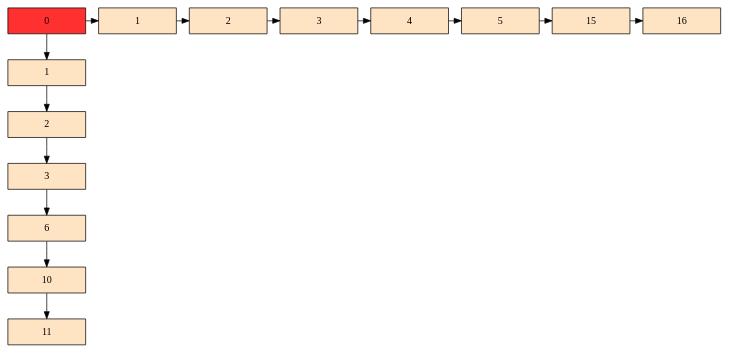
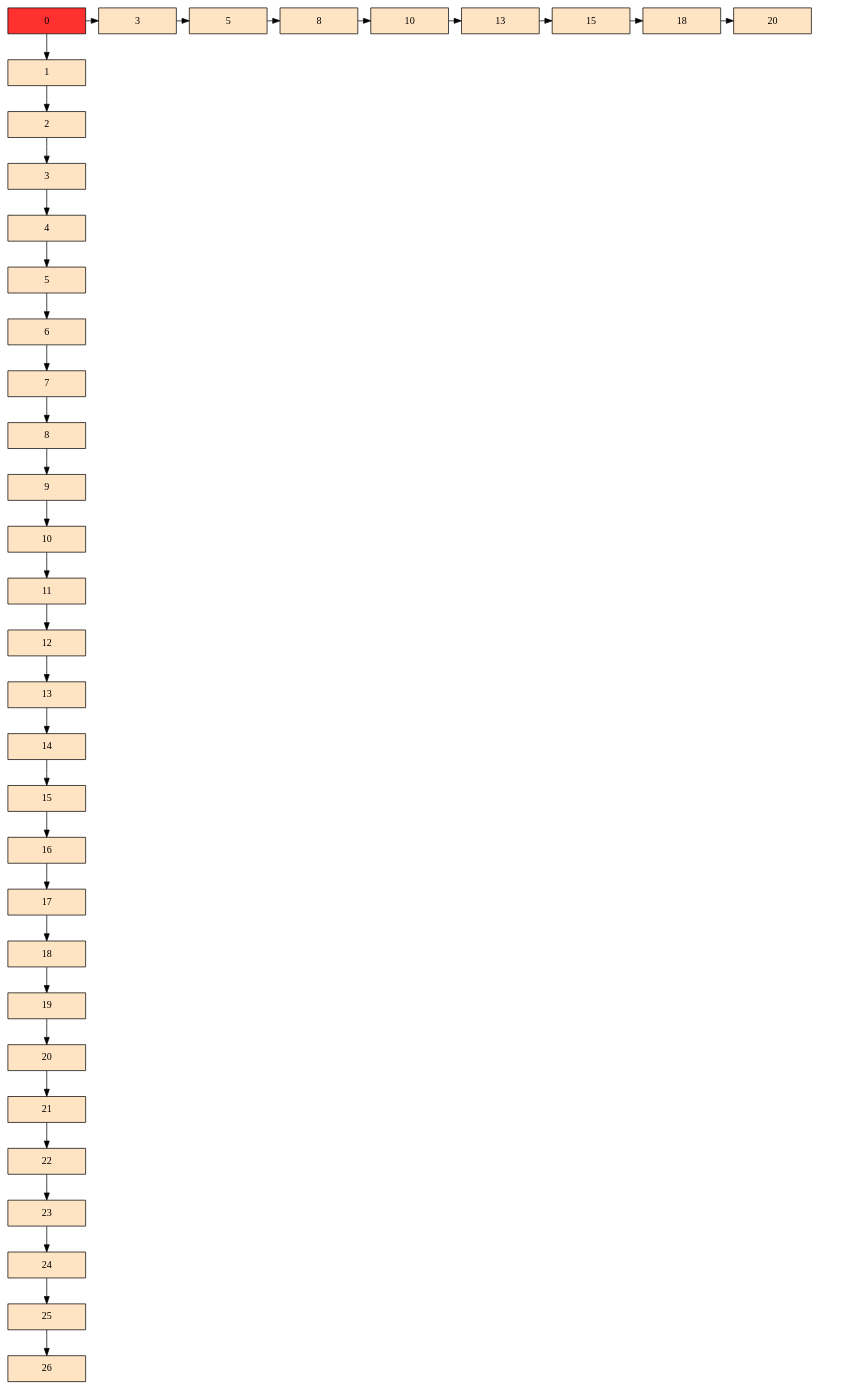
Before and after one commit to EdsonArmando/EDD_2S2019_PY1_201701029: the diagram in cmake-build-debug/matrix.dot, drawn with Graphviz. The commit also changed 13 other files, not shown here.

```diff
--- a/cmake-build-debug/matrix.dot
+++ b/cmake-build-debug/matrix.dot
@@ -1,32 +1,74 @@
 digraph Sparce_Matrix {
  node [shape=box]
   Mt[ label = "0", width = 1.5, style = filled, fillcolor = firebrick1, group = 1 ];
 e0[ shape = point, width = 0 ];
- e1[ shape = point, width = 0 ];A1[label ="1"pos = "5.3,3.5!" width = 1.5 style = filled, fillcolor = bisque1, group = 1 ];
-A2[label ="2"pos = "5.3,3.5!" width = 1.5 style = filled, fillcolor = bisque1, group = 1 ];
-A3[label ="3"pos = "5.3,3.5!" width = 1.5 style = filled, fillcolor = bisque1, group = 1 ];
-A4[label ="4"pos = "5.3,3.5!" width = 1.5 style = filled, fillcolor = bisque1, group = 1 ];
+ e1[ shape = point, width = 0 ];A3[label ="3"pos = "5.3,3.5!" width = 1.5 style = filled, fillcolor = bisque1, group = 1 ];
 A5[label ="5"pos = "5.3,3.5!" width = 1.5 style = filled, fillcolor = bisque1, group = 1 ];
+A8[label ="8"pos = "5.3,3.5!" width = 1.5 style = filled, fillcolor = bisque1, group = 1 ];
+A10[label ="10"pos = "5.3,3.5!" width = 1.5 style = filled, fillcolor = bisque1, group = 1 ];
+A13[label ="13"pos = "5.3,3.5!" width = 1.5 style = filled, fillcolor = bisque1, group = 1 ];
 A15[label ="15"pos = "5.3,3.5!" width = 1.5 style = filled, fillcolor = bisque1, group = 1 ];
-A16[label ="16"pos = "5.3,3.5!" width = 1.5 style = filled, fillcolor = bisque1, group = 1 ];
-Mt -> A1
-A1->A2
-A2->A3
-A3->A4
-A4->A5
-A5->A15
-A15->A16
+A18[label ="18"pos = "5.3,3.5!" width = 1.5 style = filled, fillcolor = bisque1, group = 1 ];
+A20[label ="20"pos = "5.3,3.5!" width = 1.5 style = filled, fillcolor = bisque1, group = 1 ];
+Mt -> A3
+A3->A5
+A5->A8
+A8->A10
+A10->A13
+A13->A15
+A15->A18
+A18->A20
 U1[label ="1"pos = "5.3,3.5!" width = 1.5 style = filled, fillcolor = bisque1, group = 1 ];
 U2[label ="2"pos = "5.3,3.5!" width = 1.5 style = filled, fillcolor = bisque1, group = 1 ];
 U3[label ="3"pos = "5.3,3.5!" width = 1.5 style = filled, fillcolor = bisque1, group = 1 ];
+U4[label ="4"pos = "5.3,3.5!" width = 1.5 style = filled, fillcolor = bisque1, group = 1 ];
+U5[label ="5"pos = "5.3,3.5!" width = 1.5 style = filled, fillcolor = bisque1, group = 1 ];
 U6[label ="6"pos = "5.3,3.5!" width = 1.5 style = filled, fillcolor = bisque1, group = 1 ];
+U7[label ="7"pos = "5.3,3.5!" width = 1.5 style = filled, fillcolor = bisque1, group = 1 ];
+U8[label ="8"pos = "5.3,3.5!" width = 1.5 style = filled, fillcolor = bisque1, group = 1 ];
+U9[label ="9"pos = "5.3,3.5!" width = 1.5 style = filled, fillcolor = bisque1, group = 1 ];
 U10[label ="10"pos = "5.3,3.5!" width = 1.5 style = filled, fillcolor = bisque1, group = 1 ];
 U11[label ="11"pos = "5.3,3.5!" width = 1.5 style = filled, fillcolor = bisque1, group = 1 ];
+U12[label ="12"pos = "5.3,3.5!" width = 1.5 style = filled, fillcolor = bisque1, group = 1 ];
+U13[label ="13"pos = "5.3,3.5!" width = 1.5 style = filled, fillcolor = bisque1, group = 1 ];
+U14[label ="14"pos = "5.3,3.5!" width = 1.5 style = filled, fillcolor = bisque1, group = 1 ];
+U15[label ="15"pos = "5.3,3.5!" width = 1.5 style = filled, fillcolor = bisque1, group = 1 ];
+U16[label ="16"pos = "5.3,3.5!" width = 1.5 style = filled, fillcolor = bisque1, group = 1 ];
+U17[label ="17"pos = "5.3,3.5!" width = 1.5 style = filled, fillcolor = bisque1, group = 1 ];
+U18[label ="18"pos = "5.3,3.5!" width = 1.5 style = filled, fillcolor = bisque1, group = 1 ];
+U19[label ="19"pos = "5.3,3.5!" width = 1.5 style = filled, fillcolor = bisque1, group = 1 ];
+U20[label ="20"pos = "5.3,3.5!" width = 1.5 style = filled, fillcolor = bisque1, group = 1 ];
+U21[label ="21"pos = "5.3,3.5!" width = 1.5 style = filled, fillcolor = bisque1, group = 1 ];
+U22[label ="22"pos = "5.3,3.5!" width = 1.5 style = filled, fillcolor = bisque1, group = 1 ];
+U23[label ="23"pos = "5.3,3.5!" width = 1.5 style = filled, fillcolor = bisque1, group = 1 ];
+U24[label ="24"pos = "5.3,3.5!" width = 1.5 style = filled, fillcolor = bisque1, group = 1 ];
+U25[label ="25"pos = "5.3,3.5!" width = 1.5 style = filled, fillcolor = bisque1, group = 1 ];
+U26[label ="26"pos = "5.3,3.5!" width = 1.5 style = filled, fillcolor = bisque1, group = 1 ];
 Mt -> U1
 U1->U2
 U2->U3
-U3->U6
-U6->U10
+U3->U4
+U4->U5
+U5->U6
+U6->U7
+U7->U8
+U8->U9
+U9->U10
 U10->U11
- { rank = same; Mt;A1;A2;A3;A4;A5;A15;A16;}
+U11->U12
+U12->U13
+U13->U14
+U14->U15
+U15->U16
+U16->U17
+U17->U18
+U18->U19
+U19->U20
+U20->U21
+U21->U22
+U22->U23
+U23->U24
+U24->U25
+U25->U26
+ { rank = same; Mt;A3;A5;A8;A10;A13;A15;A18;A20;}
 }
```
